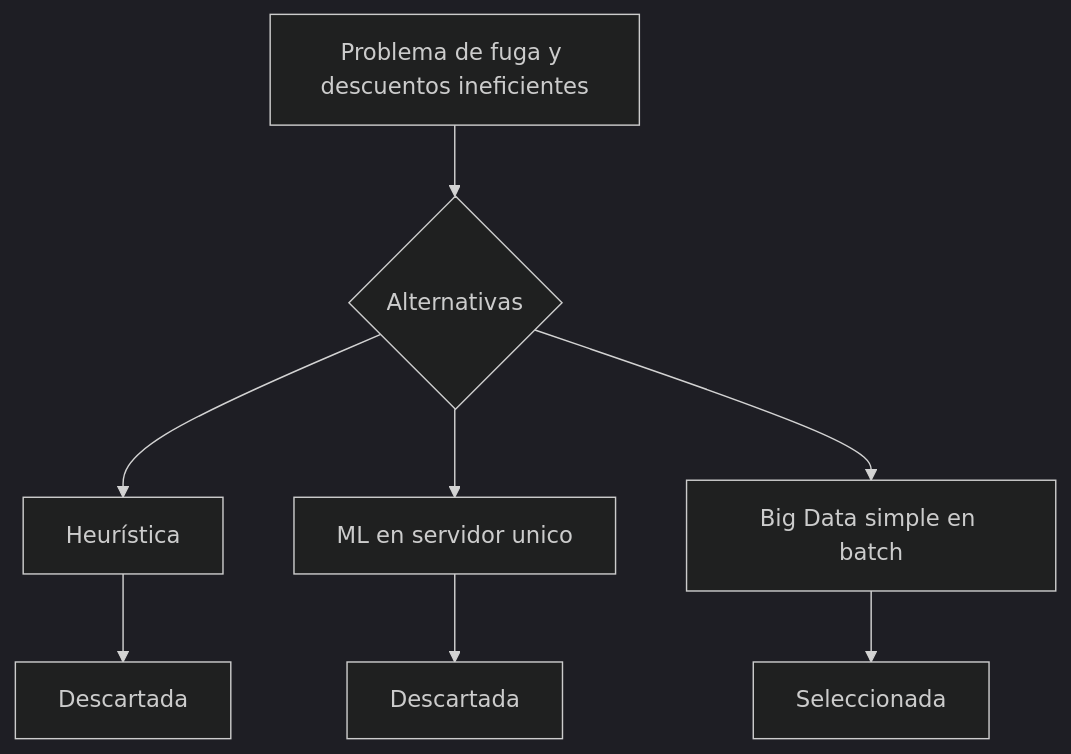
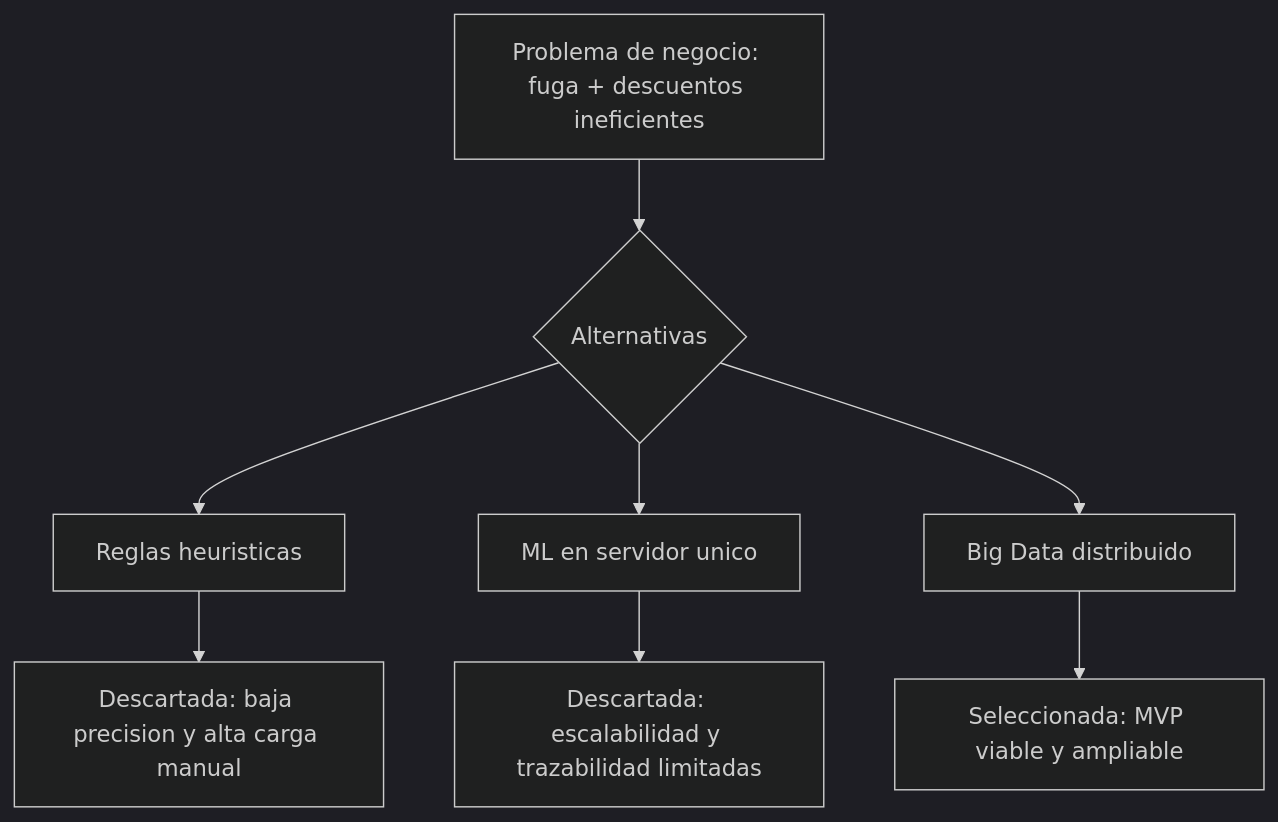
The first of 3 diagrams in documentacion/hito_1/memoria_hito_1.md (AlonsoMarcosM/Trabajo-DESARROLLO-Y-DESPLIEGUE-DE-SOLUCIONES-BIG-DATA), drawn with Mermaid (dark theme) before and after one commit. The commit also changed other lines of this file and 1 other file, not shown here.

````diff
--- a/documentacion/hito_1/memoria_hito_1.md
+++ b/documentacion/hito_1/memoria_hito_1.md
@@ -50,10 +48,10 @@
 ```mermaid
 flowchart TD
-    A[Problema de fuga y descuentos ineficientes] --> B{Alternativas}
-    B --> C[Heurística]
+    A[Problema de negocio: fuga + descuentos ineficientes] --> B{Alternativas}
+    B --> C[Reglas heuristicas]
     B --> D[ML en servidor unico]
-    B --> E[Big Data simple en batch]
-    C --> C1[Descartada]
-    D --> D1[Descartada]
-    E --> E1[Seleccionada]
+    B --> E[Big Data distribuido]
+    C --> C1[Descartada: baja precision y alta carga manual]
+    D --> D1[Descartada: escalabilidad y trazabilidad limitadas]
+    E --> E1[Seleccionada: MVP viable y ampliable]
 ```
````
